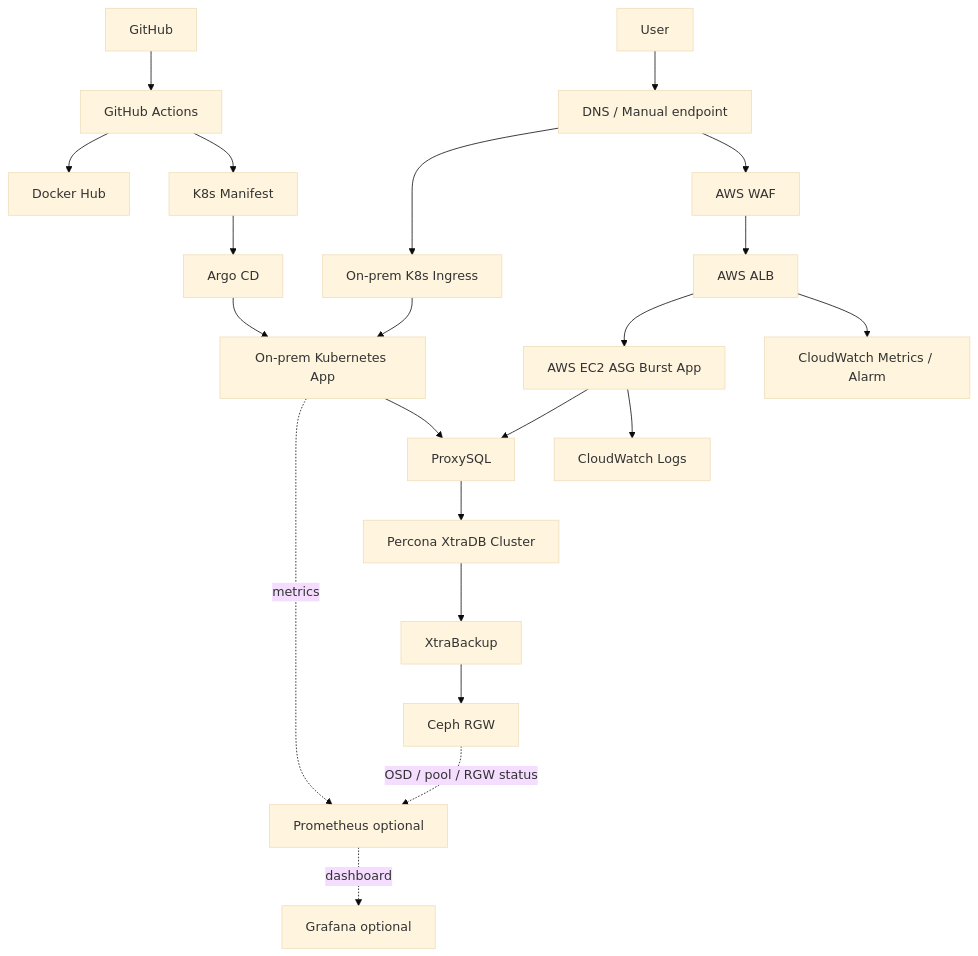
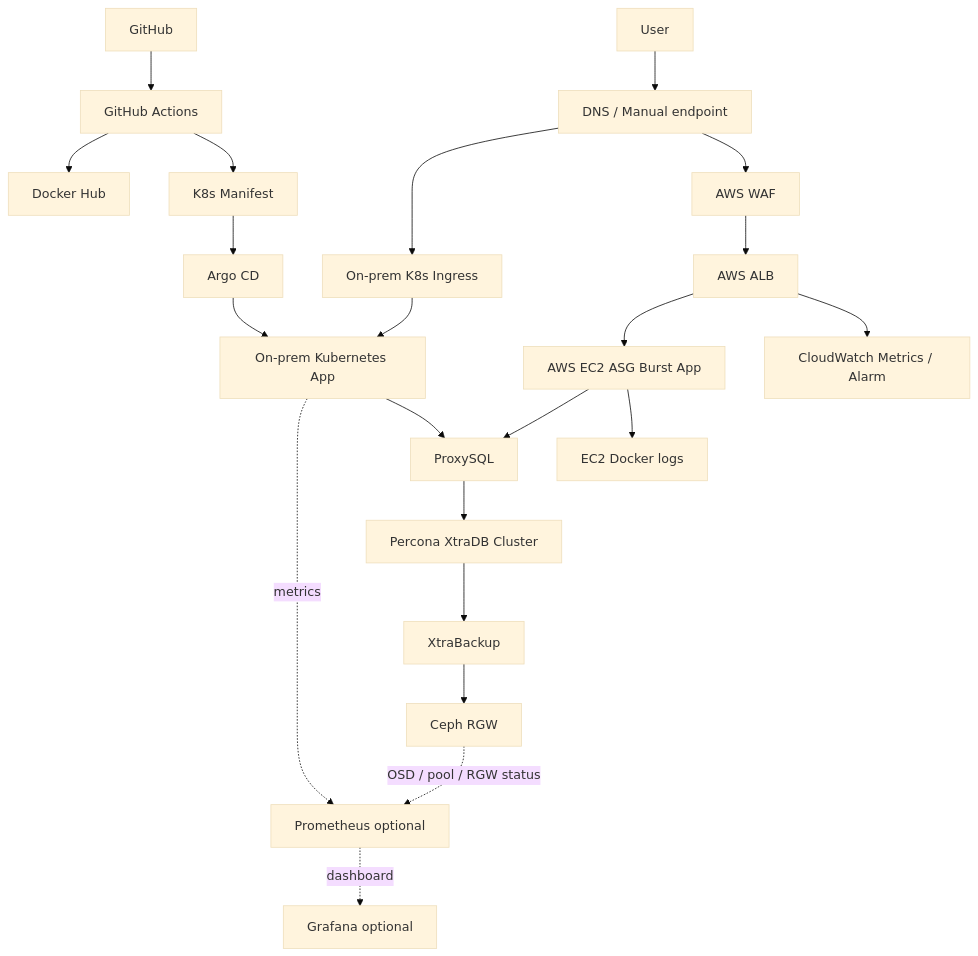
One commit to KosaCloudTeam2/infra-platform changed the first of 2 diagrams in docs/presentation/presentation.md. Above: the diagram before and after it, drawn with Mermaid (base theme). The commit also changed other lines of this file and 52 other files, not shown here.

````diff
--- a/docs/presentation/presentation.md
+++ b/docs/presentation/presentation.md
@@ -42,24 +42,24 @@
 ```mermaid
 flowchart TD
     User["User"] --> Traffic["DNS / Manual endpoint"]
     Traffic --> Ingress["On-prem K8s Ingress"]
     Traffic --> WAF["AWS WAF"]
     WAF --> ALB["AWS ALB"]
     ALB --> Burst["AWS EC2 ASG Burst App"]
     GitHub["GitHub"] --> Actions["GitHub Actions"]
     Actions --> Registry["Docker Hub"]
     Actions --> Manifest["K8s Manifest"]
     Manifest --> Argo["Argo CD"]
     Argo --> K8s["On-prem Kubernetes App"]
     K8s -. "metrics" .-> Prom["Prometheus optional"]
     Prom -. "dashboard" .-> Grafana["Grafana optional"]
     Ingress --> K8s
     K8s --> Proxy["ProxySQL"]
     Burst --> Proxy
     Proxy --> PXC["Percona XtraDB Cluster"]
     PXC --> Backup["XtraBackup"]
     Backup --> Ceph["Ceph RGW"]
     Ceph -. "OSD / pool / RGW status" .-> Prom
-    Burst --> Logs["CloudWatch Logs"]
+    Burst --> Logs["EC2 Docker logs"]
     ALB --> Metrics["CloudWatch Metrics / Alarm"]
 ```
````
